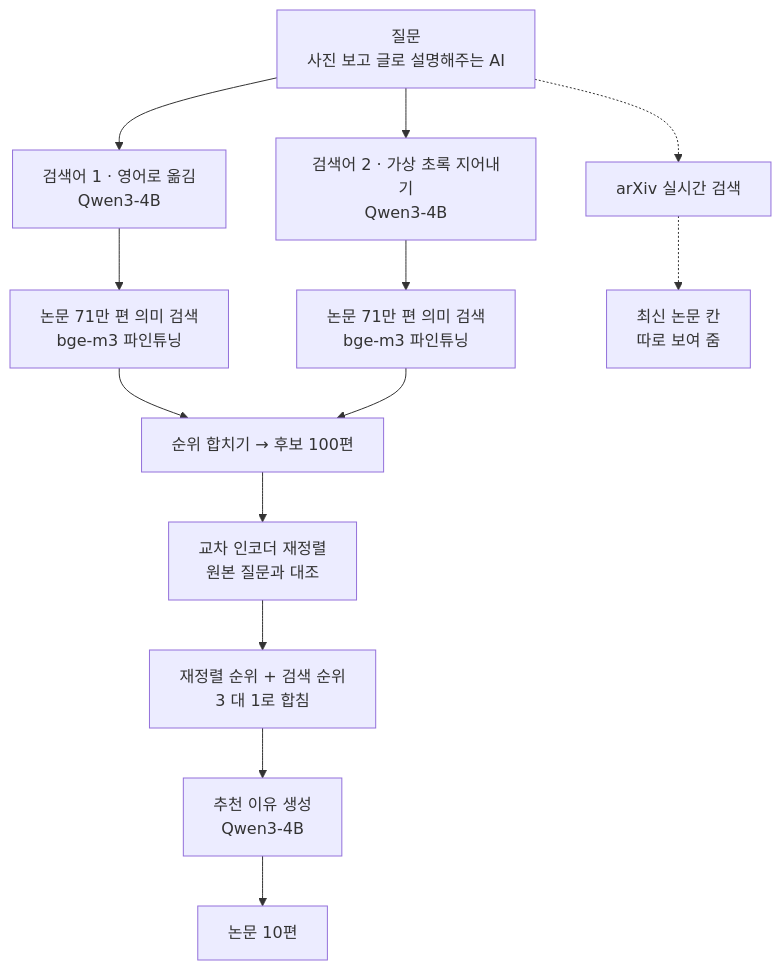
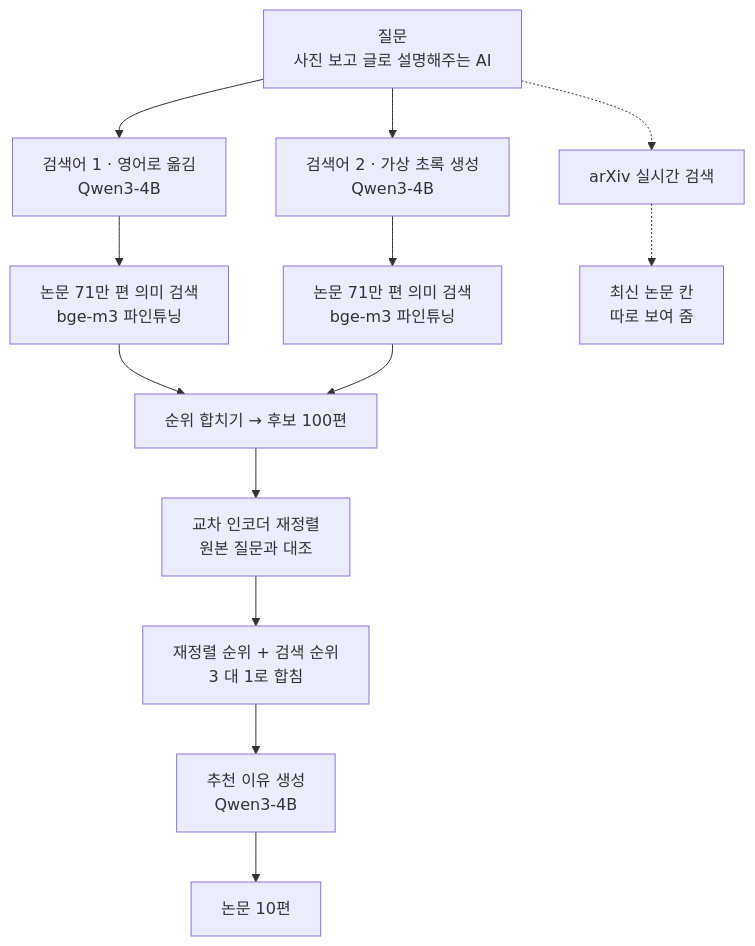
The diagram in README.md (jmoongyu24/Papers-Please), drawn with Mermaid before and after one commit. The commit also changed other lines of this file and 3 other files, not shown here.

````diff
--- a/README.md
+++ b/README.md
@@ -28,20 +20,20 @@
 ```mermaid
 flowchart TD
     Q["질문<br/>사진 보고 글로 설명해주는 AI"]
     T["검색어 1 · 영어로 옮김<br/>Qwen3-4B"]
-    H["검색어 2 · 가상 초록 지어내기<br/>Qwen3-4B"]
+    H["검색어 2 · 가상 초록 생성<br/>Qwen3-4B"]
     I1["논문 71만 편 의미 검색<br/>bge-m3 파인튜닝"]
     I2["논문 71만 편 의미 검색<br/>bge-m3 파인튜닝"]
     F["순위 합치기 → 후보 100편"]
     R["교차 인코더 재정렬<br/>원본 질문과 대조"]
     F2["재정렬 순위 + 검색 순위<br/>3 대 1로 합침"]
     A["추천 이유 생성<br/>Qwen3-4B"]
     O["논문 10편"]
     X["arXiv 실시간 검색"]
     N["최신 논문 칸<br/>따로 보여 줌"]
 
     Q --> T --> I1 --> F
     Q --> H --> I2 --> F
     F --> R --> F2 --> A --> O
     Q -.-> X -.-> N
 ```
````
